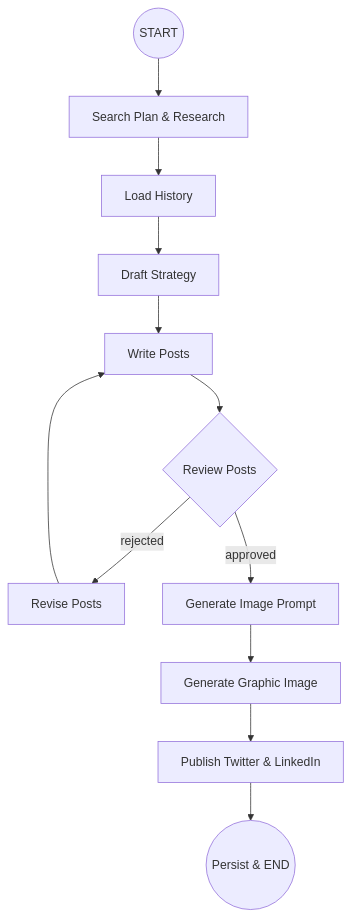
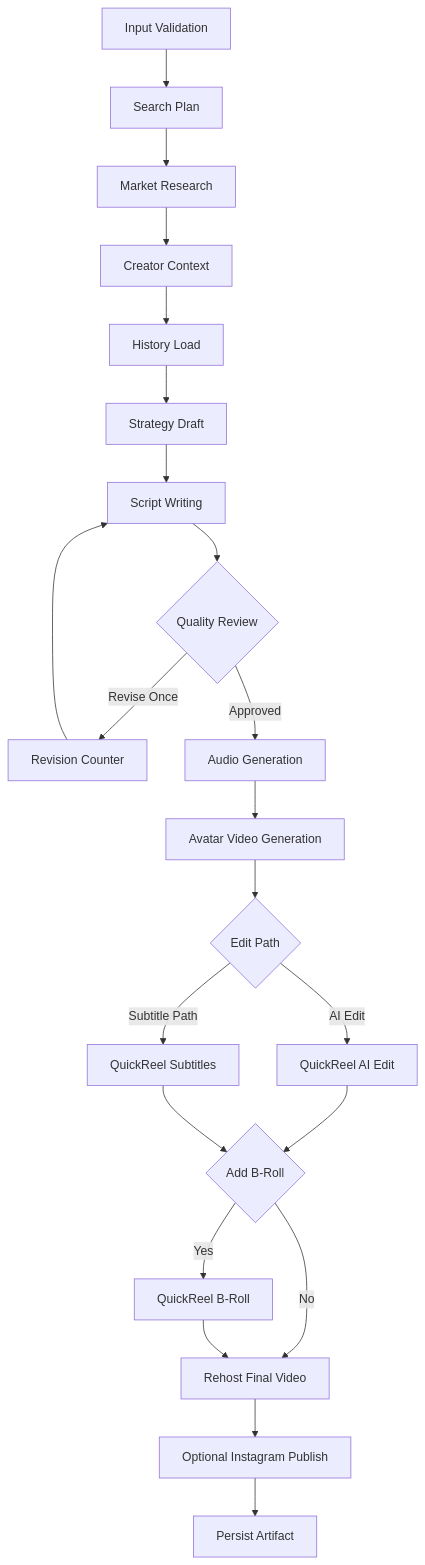
Before and after one commit to shivamrajput-py/Content-Automation-AgenticAI: the third of 3 diagrams in README.md, drawn with Mermaid. The commit also changed other lines of this file and 24 other files, not shown here.

````diff
--- a/README.md
+++ b/README.md
@@ -89,22 +184,24 @@
 ```mermaid
 graph TD
-    Start((START))
-    Plan[Search Plan & Research]
-    History[Load History]
-    Strategy[Draft Strategy]
-    Write[Write Posts]
-    Review{Review Posts}
-    Revise[Revise Posts]
-    
-    Start --> Plan --> History --> Strategy --> Write
-    Write --> Review
-    
-    Review -- rejected --> Revise --> Write
-    
-    IMG_Prompt[Generate Image Prompt]
-    IMG_Asset[Generate Graphic Image]
-    Publish[Publish Twitter & LinkedIn]
-    End((Persist & END))
-
-    Review -- approved --> IMG_Prompt --> IMG_Asset --> Publish --> End
+    A[Input Validation] --> B[Search Plan]
+    B --> C[Market Research]
+    C --> D[Creator Context]
+    D --> E[History Load]
+    E --> F[Strategy Draft]
+    F --> G[Script Writing]
+    G --> H{Quality Review}
+    H -->|Revise Once| I[Revision Counter]
+    I --> G
+    H -->|Approved| J[Audio Generation]
+    J --> K[Avatar Video Generation]
+    K --> L{Edit Path}
+    L -->|AI Edit| M[QuickReel AI Edit]
+    L -->|Subtitle Path| N[QuickReel Subtitles]
+    M --> O{Add B-Roll}
+    N --> O
+    O -->|Yes| P[QuickReel B-Roll]
+    O -->|No| Q[Rehost Final Video]
+    P --> Q
+    Q --> R[Optional Instagram Publish]
+    R --> S[Persist Artifact]
 ```
````
